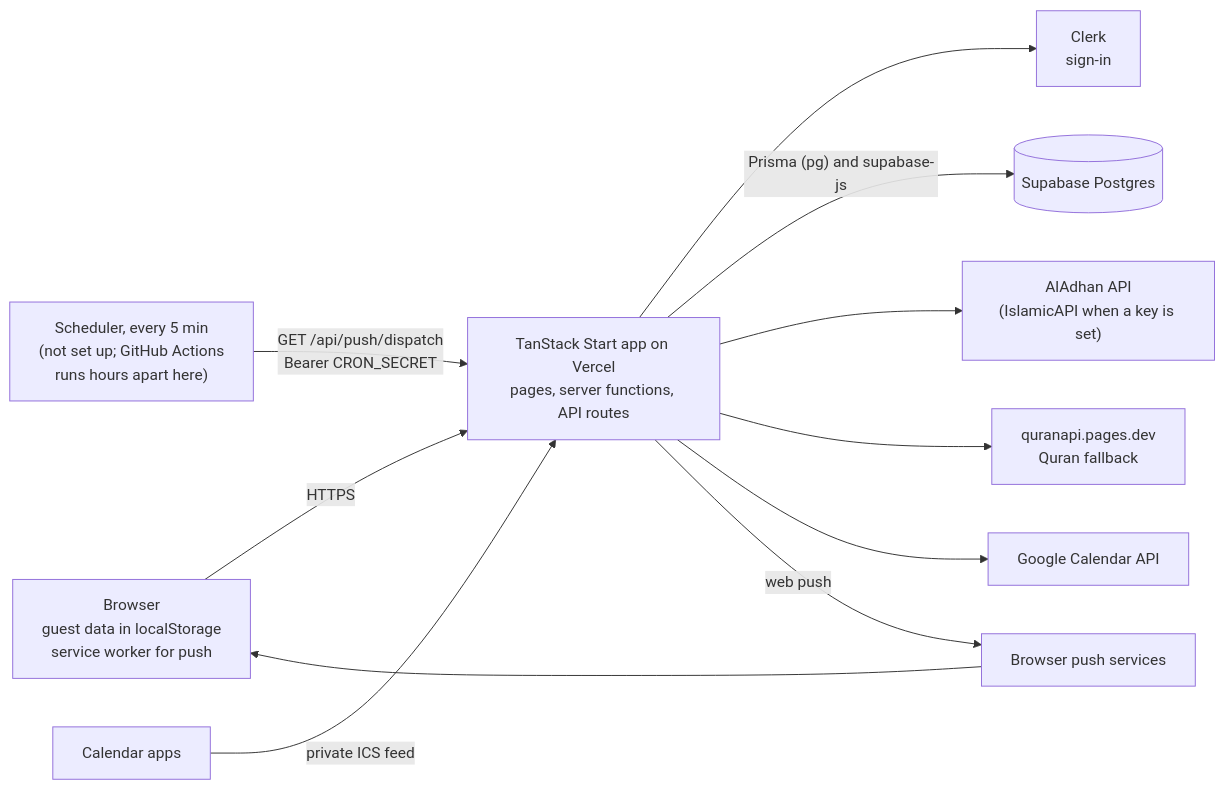
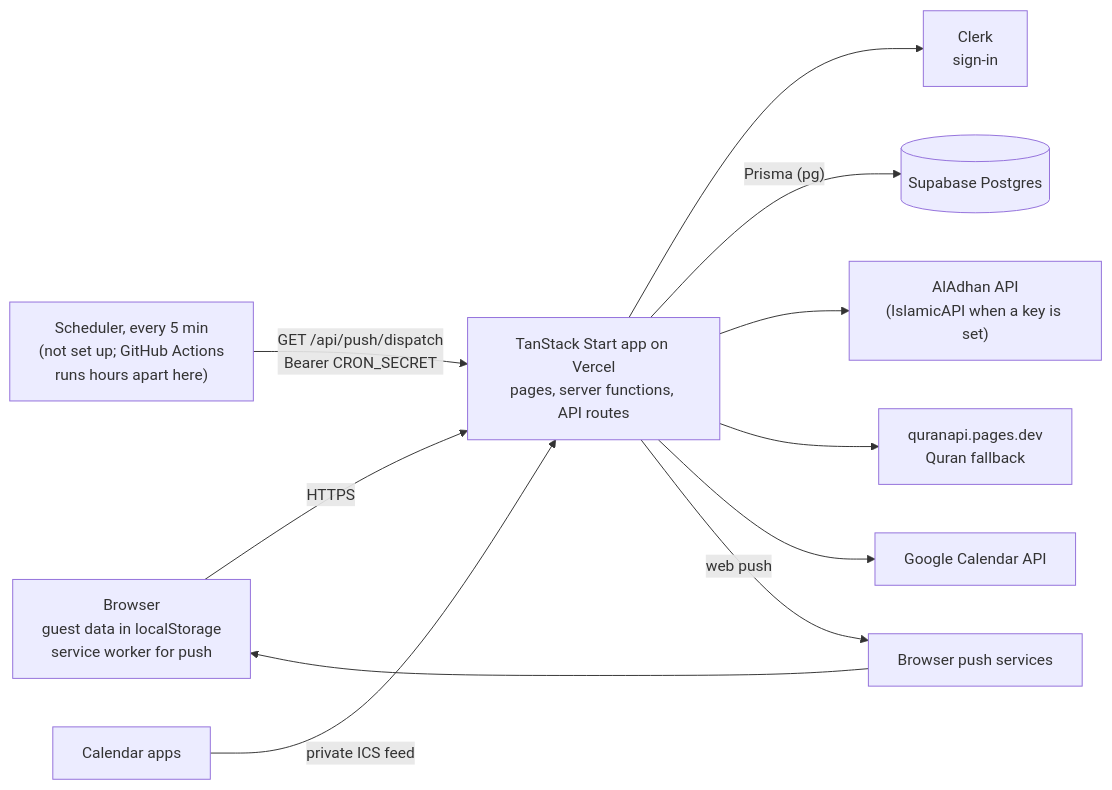
The diagram in README.md (tahmidbintaslim/Ramadan-Planner), drawn with Mermaid before and after one commit. The commit also changed other lines of this file and 13 other files, not shown here.

First line of the commit message:
fix(planner): move the planner server code from supabase-js to Prisma

````diff
--- a/README.md
+++ b/README.md
@@ -54,23 +54,23 @@
 ```mermaid
 flowchart LR
   browser["Browser<br/>guest data in localStorage<br/>service worker for push"]
   app["TanStack Start app on Vercel<br/>pages, server functions, API routes"]
   clerk["Clerk<br/>sign-in"]
   db[("Supabase Postgres")]
   prayer["AlAdhan API<br/>(IslamicAPI when a key is set)"]
   quran["quranapi.pages.dev<br/>Quran fallback"]
   google["Google Calendar API"]
   cron["Scheduler, every 5 min<br/>(not set up; GitHub Actions<br/>runs hours apart here)"]
   pushsvc["Browser push services"]
   calapps["Calendar apps"]
 
   browser -->|HTTPS| app
   app --> clerk
-  app -->|"Prisma (pg) and supabase-js"| db
+  app -->|"Prisma (pg)"| db
   app --> prayer
   app --> quran
   app --> google
   cron -->|"GET /api/push/dispatch<br/>Bearer CRON_SECRET"| app
   app -->|web push| pushsvc --> browser
   calapps -->|private ICS feed| app
 ```
````
